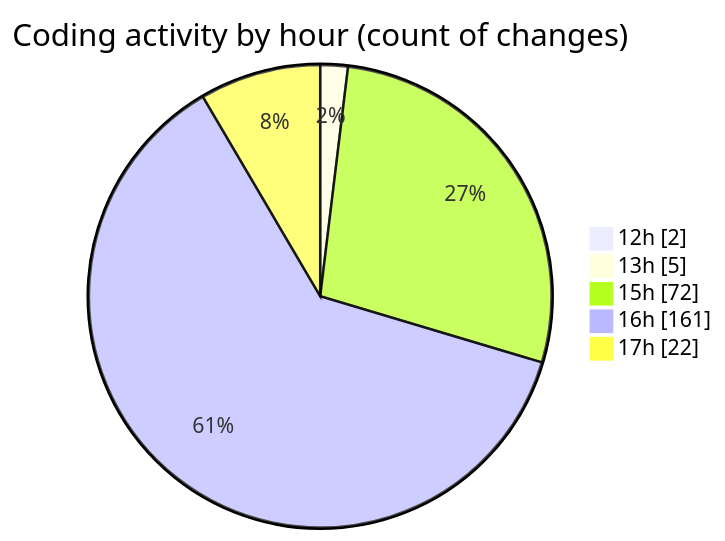
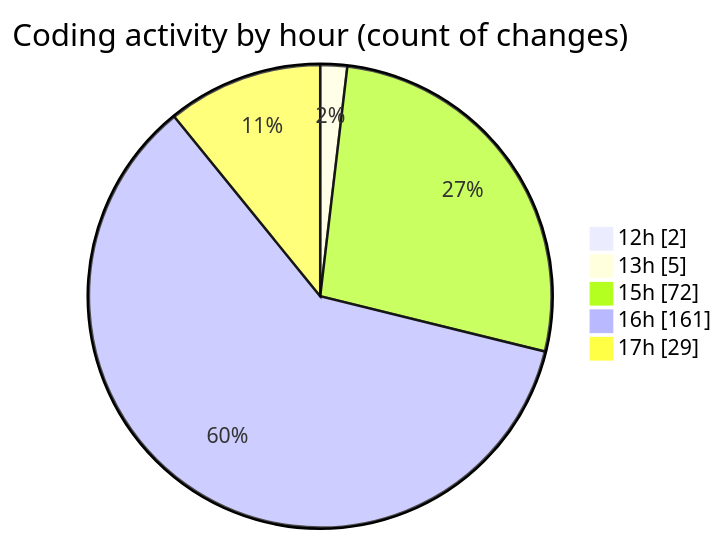
The second of 2 diagrams in 2025-07-12/fish/README.md (EIIisD/code-tracking), drawn with Mermaid before and after one commit. The commit also changed other lines of this file and 1 other file, not shown here.

````diff
--- a/2025-07-12/fish/README.md
+++ b/2025-07-12/fish/README.md
@@ -164,9 +167,9 @@
 ```mermaid
 pie showData
 title Coding activity by hour (count of changes)
 "12h" : 2
 "13h" : 5
 "15h" : 72
 "16h" : 161
-"17h" : 22
+"17h" : 29
 ```
````
